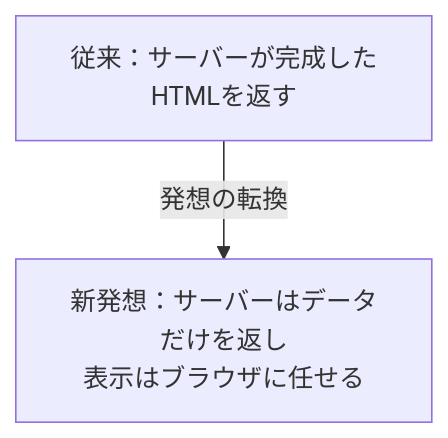
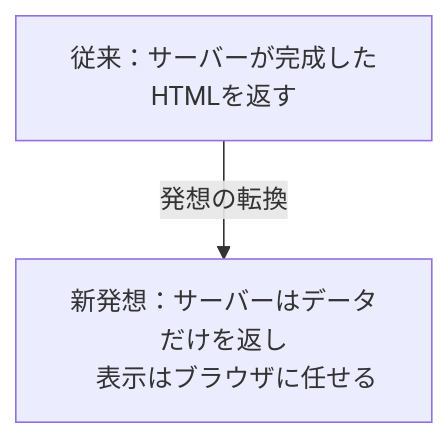
The second of 8 diagrams in vol_05/slides.md (hrkd/web-frontend-workshop), drawn with Mermaid before and after one commit. The commit also changed other lines of this file, not shown here.

First line of the commit message:
fix: vol05スライドのMermaid構文エラーを修正

````diff
--- a/vol_05/slides.md
+++ b/vol_05/slides.md
@@ -85,7 +85,8 @@
 ```mermaid
 graph TD
     A[従来：サーバーが完成したHTMLを返す]
-    B[新発想：サーバーはデータだけを返し<br>表示はブラウザに任せる]
+    B["新発想：サーバーはデータだけを返し
+    表示はブラウザに任せる"]
 
     A -->|発想の転換| B
 ```
````
